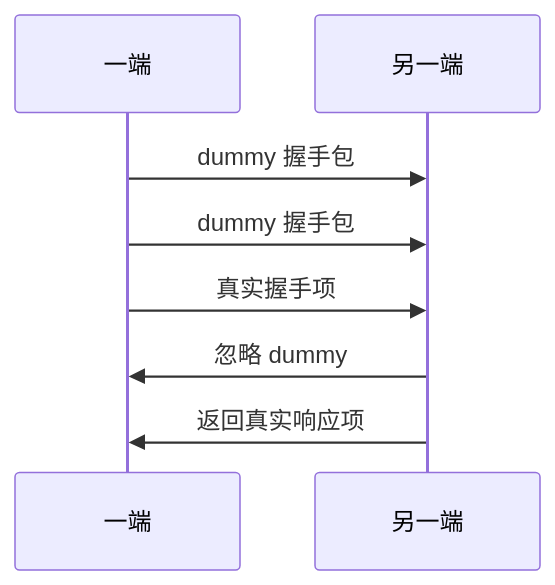
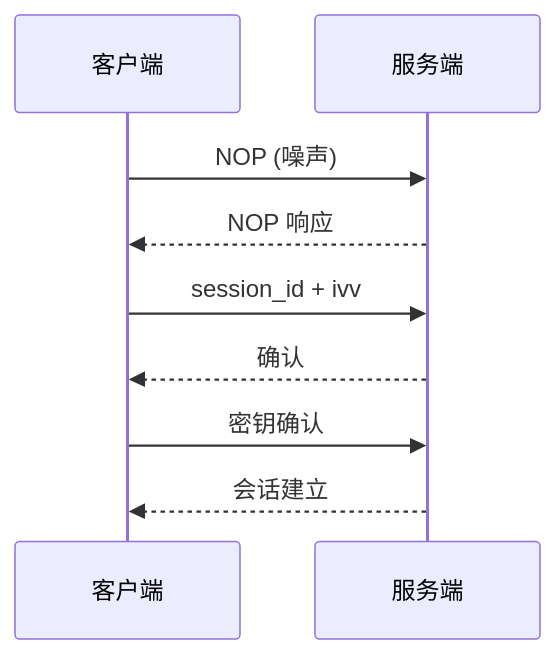
One commit to HyacinthHaru/openppp2 changed the fourth of 5 diagrams in docs/SECURITY_CN.md. Above: the diagram before and after it, drawn with Mermaid. The commit also changed other lines of this file and 31 other files, not shown here.

````diff
--- a/docs/SECURITY_CN.md
+++ b/docs/SECURITY_CN.md
@@ -94,10 +219,12 @@
 ```mermaid
 sequenceDiagram
-    participant A as 一端
-    participant B as 另一端
-    A->>B: dummy 握手包
-    A->>B: dummy 握手包
-    A->>B: 真实握手项
-    B->>A: 忽略 dummy
-    B->>A: 返回真实响应项
+    participant C as 客户端
+    participant S as 服务端
+    
+    C->>S: NOP (噪声)
+    S-->>C: NOP 响应
+    C->>S: session_id + ivv
+    S-->>C: 确认
+    C->>S: 密钥确认
+    S-->>C: 会话建立
 ```
````
